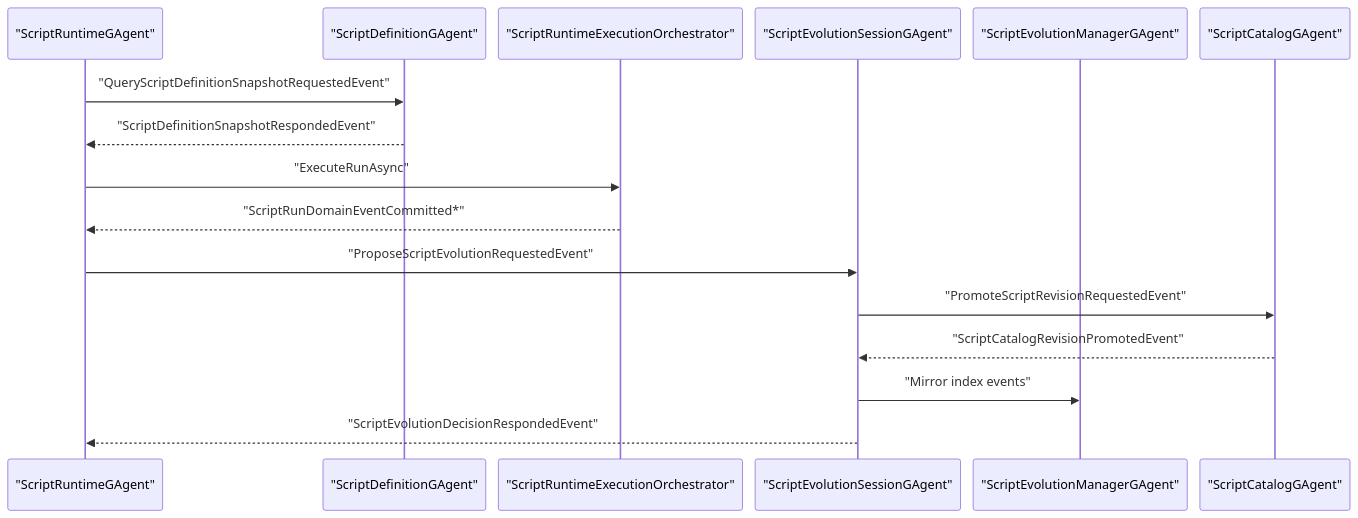
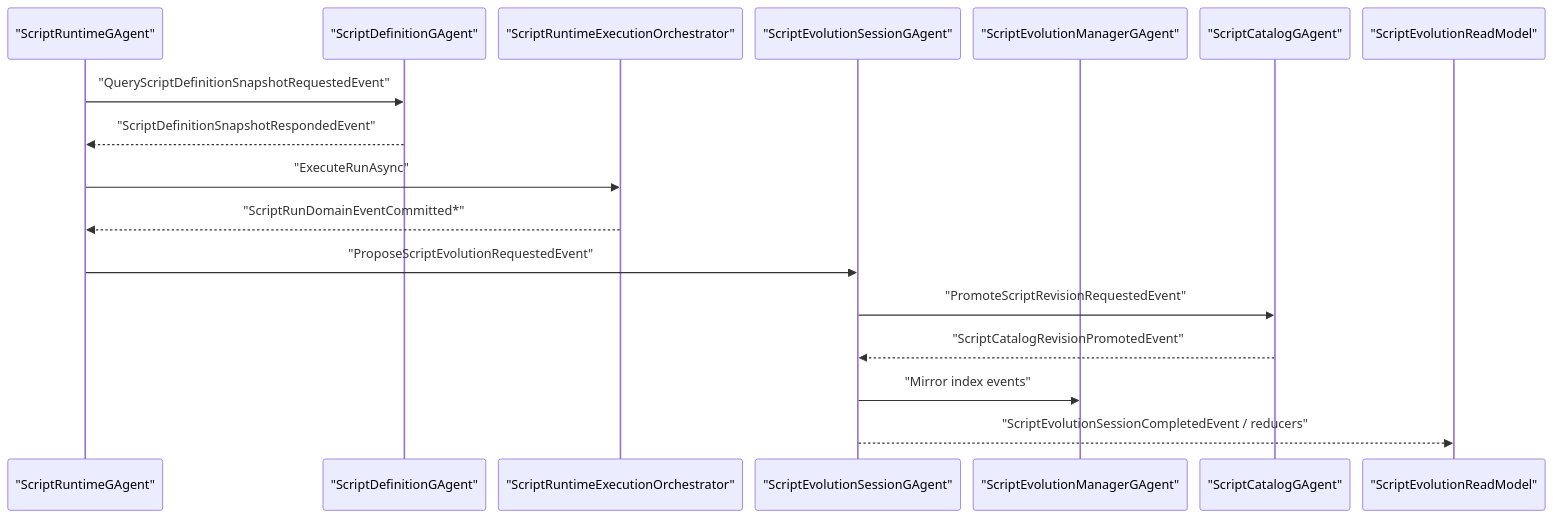
One commit to aevatarAI/aevatar changed the second of 2 diagrams in docs/SCRIPTING_ARCHITECTURE.md. Above: the diagram before and after it, drawn with Mermaid. The commit also changed other lines of this file and 58 other files, not shown here.

First line of the commit message:
Refactor scripting architecture and enhance event handling

````diff
--- a/docs/SCRIPTING_ARCHITECTURE.md
+++ b/docs/SCRIPTING_ARCHITECTURE.md
@@ -179,21 +182,22 @@
 ```mermaid
 %%{init: {"maxTextSize": 100000, "flowchart": {"useMaxWidth": false, "nodeSpacing": 10, "rankSpacing": 50}, "sequence": {"useMaxWidth": false, "actorMargin": 16, "messageMargin": 12, "diagramMarginX": 20, "diagramMarginY": 10}, "themeVariables": {"fontSize": "10px"}}}%%
 sequenceDiagram
     participant RT as "ScriptRuntimeGAgent"
     participant DEF as "ScriptDefinitionGAgent"
     participant ORC as "ScriptRuntimeExecutionOrchestrator"
     participant SES as "ScriptEvolutionSessionGAgent"
     participant MGR as "ScriptEvolutionManagerGAgent"
     participant CAT as "ScriptCatalogGAgent"
+    participant PROJ as "ScriptEvolutionReadModel"
 
     RT->>DEF: "QueryScriptDefinitionSnapshotRequestedEvent"
     DEF-->>RT: "ScriptDefinitionSnapshotRespondedEvent"
     RT->>ORC: "ExecuteRunAsync"
     ORC-->>RT: "ScriptRunDomainEventCommitted*"
 
     RT->>SES: "ProposeScriptEvolutionRequestedEvent"
     SES->>CAT: "PromoteScriptRevisionRequestedEvent"
     CAT-->>SES: "ScriptCatalogRevisionPromotedEvent"
     SES->>MGR: "Mirror index events"
-    SES-->>RT: "ScriptEvolutionDecisionRespondedEvent"
+    SES-->>PROJ: "ScriptEvolutionSessionCompletedEvent / reducers"
 ```
````
